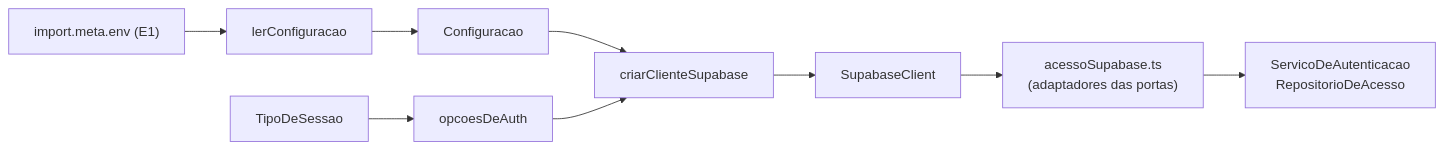
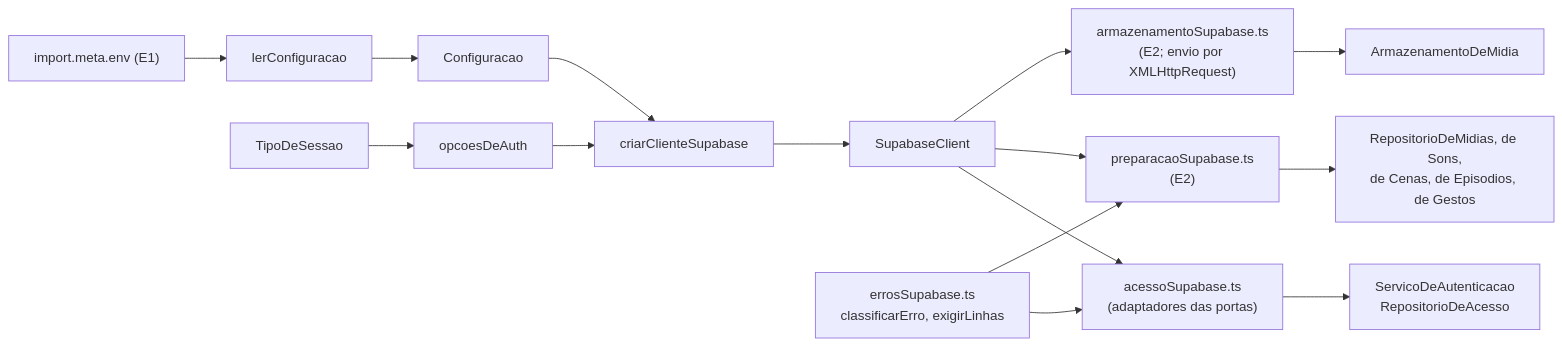
The diagram in src/shared/infra/README.md (TokumoH/RevocastCameras), drawn with Mermaid before and after one commit. The commit also changed other lines of this file and 17 other files, not shown here.

````diff
--- a/src/shared/infra/README.md
+++ b/src/shared/infra/README.md
@@ -74,11 +93,17 @@
 ```mermaid
 flowchart LR
     E["import.meta.env (E1)"] --> L[lerConfiguracao]
     L --> C[Configuracao]
     C --> K[criarClienteSupabase]
     T[TipoDeSessao] --> O[opcoesDeAuth]
     O --> K
     K --> S[SupabaseClient]
     S --> AS["acessoSupabase.ts<br/>(adaptadores das portas)"]
     AS --> P["ServicoDeAutenticacao<br/>RepositorioDeAcesso"]
+    S --> PS["preparacaoSupabase.ts<br/>(E2)"]
+    PS --> PR["RepositorioDeMidias, de Sons,<br/>de Cenas, de Episodios, de Gestos"]
+    S --> AR["armazenamentoSupabase.ts<br/>(E2; envio por XMLHttpRequest)"]
+    AR --> AM[ArmazenamentoDeMidia]
+    ER["errosSupabase.ts<br/>classificarErro, exigirLinhas"] --> AS
+    ER --> PS
 ```
````
